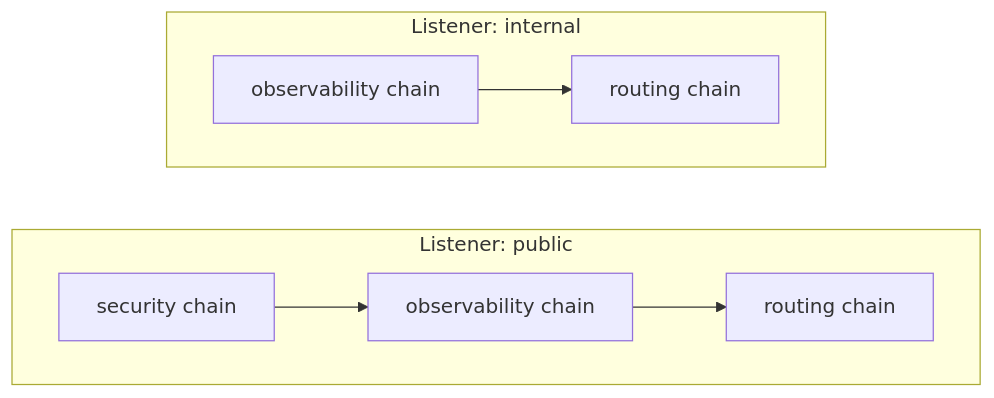
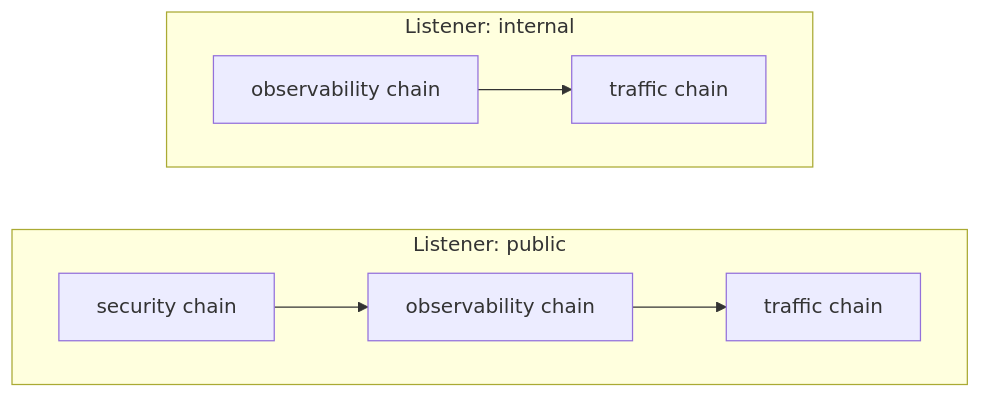
Before and after one commit to noyitz/ai: the third of 4 diagrams in docs/architecture/overview.md, drawn with Mermaid. The commit also changed other lines of this file and 3 other files, not shown here.

````diff
--- a/docs/architecture/overview.md
+++ b/docs/architecture/overview.md
@@ -118,13 +123,13 @@
 ```mermaid
 flowchart LR
     subgraph "Listener: public"
         direction LR
         S["security chain"] --> O["observability chain"]
-        O --> R["routing chain"]
+        O --> R["traffic chain"]
     end
 
     subgraph "Listener: internal"
         direction LR
-        O2["observability chain"] --> R2["routing chain"]
+        O2["observability chain"] --> R2["traffic chain"]
     end
 ```
````
